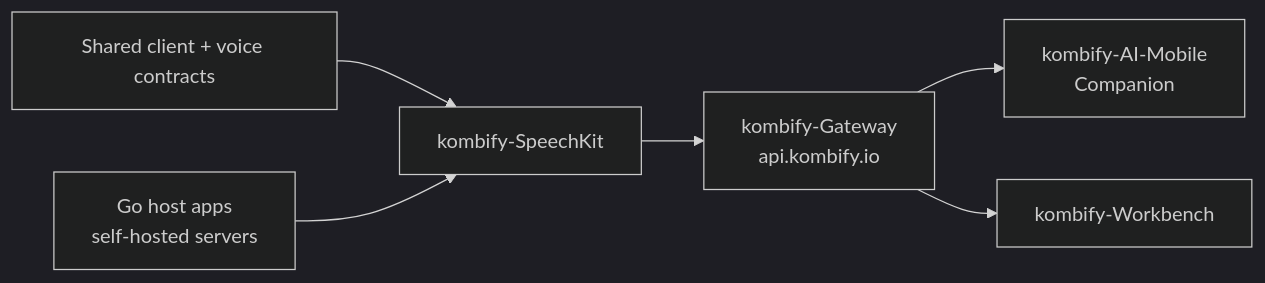
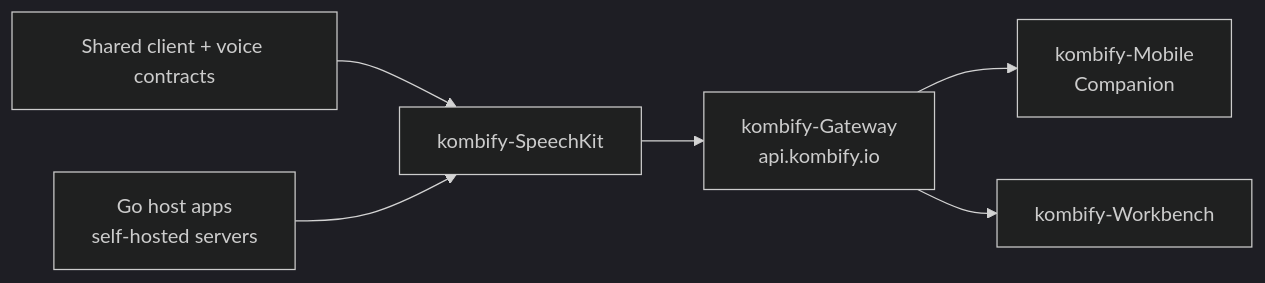
Before and after one commit to kombifyio/SpeechKit: the diagram in README.md, drawn with Mermaid (dark theme). The commit also changed 73 other files, not shown here.

````diff
--- a/README.md
+++ b/README.md
@@ -76,8 +76,8 @@
 ```mermaid
 flowchart LR
   CORE["Shared client + voice contracts"] --> SK["kombify-SpeechKit"]
   HOST["Go host apps<br/>self-hosted servers"] --> SK
   SK --> GW["kombify-Gateway<br/>api.kombify.io"]
-  GW --> COMP["kombify-AI-Mobile<br/>Companion"]
+  GW --> COMP["kombify-Mobile<br/>Companion"]
   GW --> WB["kombify-Workbench"]
 ```
````
